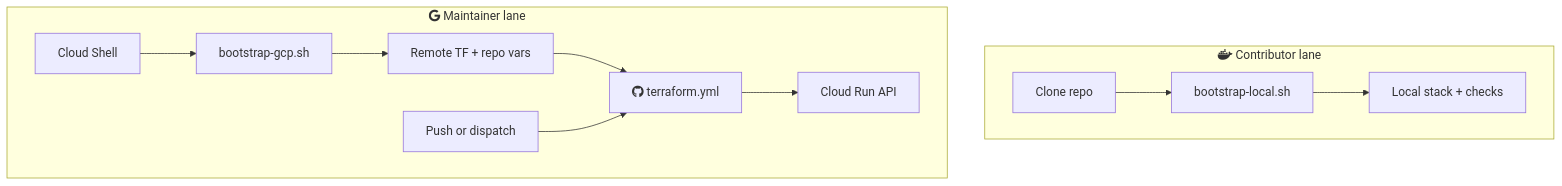
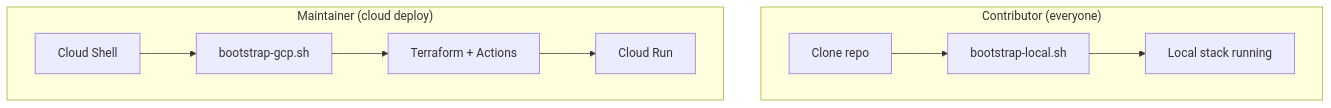
One commit to javihslu/foehncast changed the diagram in docs/site/system/delivery-and-operator-workflow.md. Above: the diagram before and after it, drawn with Mermaid. The commit also changed other lines of this file and 12 other files, not shown here.

```diff
--- a/docs/site/system/delivery-and-operator-workflow.md
+++ b/docs/site/system/delivery-and-operator-workflow.md
@@ -13,23 +7,13 @@
 <div class="mermaid">
 flowchart TD
-    subgraph Local["fab:fa-docker Contributor lane"]
+    subgraph Contributor ["Contributor (everyone)"]
         direction LR
-        CLONE["Clone repo"]
-        LOCAL["bootstrap-local.sh"]
-        LVERIFY["Local stack + checks"]
-        CLONE --> LOCAL --> LVERIFY
+        CLONE["Clone repo"] --> LOCAL["bootstrap-local.sh"] --> DONE["Local stack running"]
     end
 
-    subgraph Maintainer["fab:fa-google Maintainer lane"]
+    subgraph Maintainer ["Maintainer (cloud deploy)"]
         direction LR
-        SHELL["Cloud Shell"]
-        BGCP["bootstrap-gcp.sh"]
-        HANDOFF["Remote TF + repo vars"]
-        PUSH["Push or dispatch"]
-        TFWF["fab:fa-github terraform.yml"]
-        RUN["Cloud Run API"]
-        SHELL --> BGCP --> HANDOFF --> TFWF
-        PUSH --> TFWF
-        TFWF --> RUN
+        SHELL["Cloud Shell"] --> BGCP["bootstrap-gcp.sh"] --> TF["Terraform + Actions"]
+        TF --> RUN["Cloud Run"]
     end
 </div>
```
